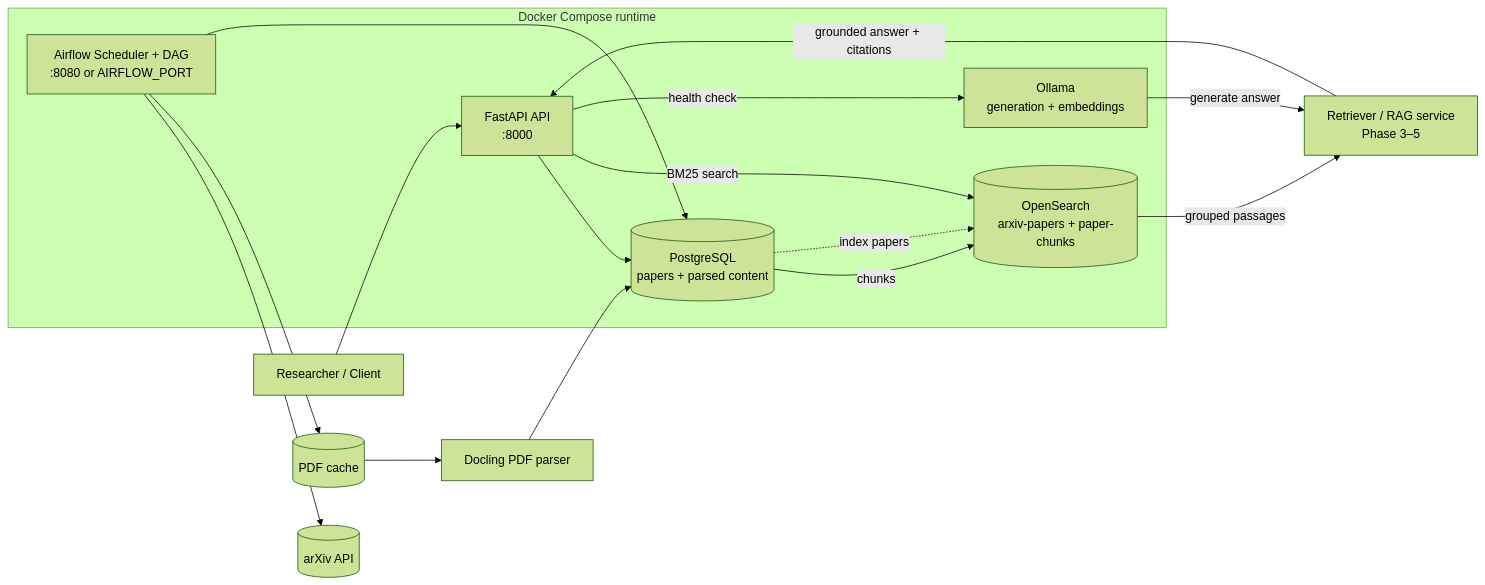
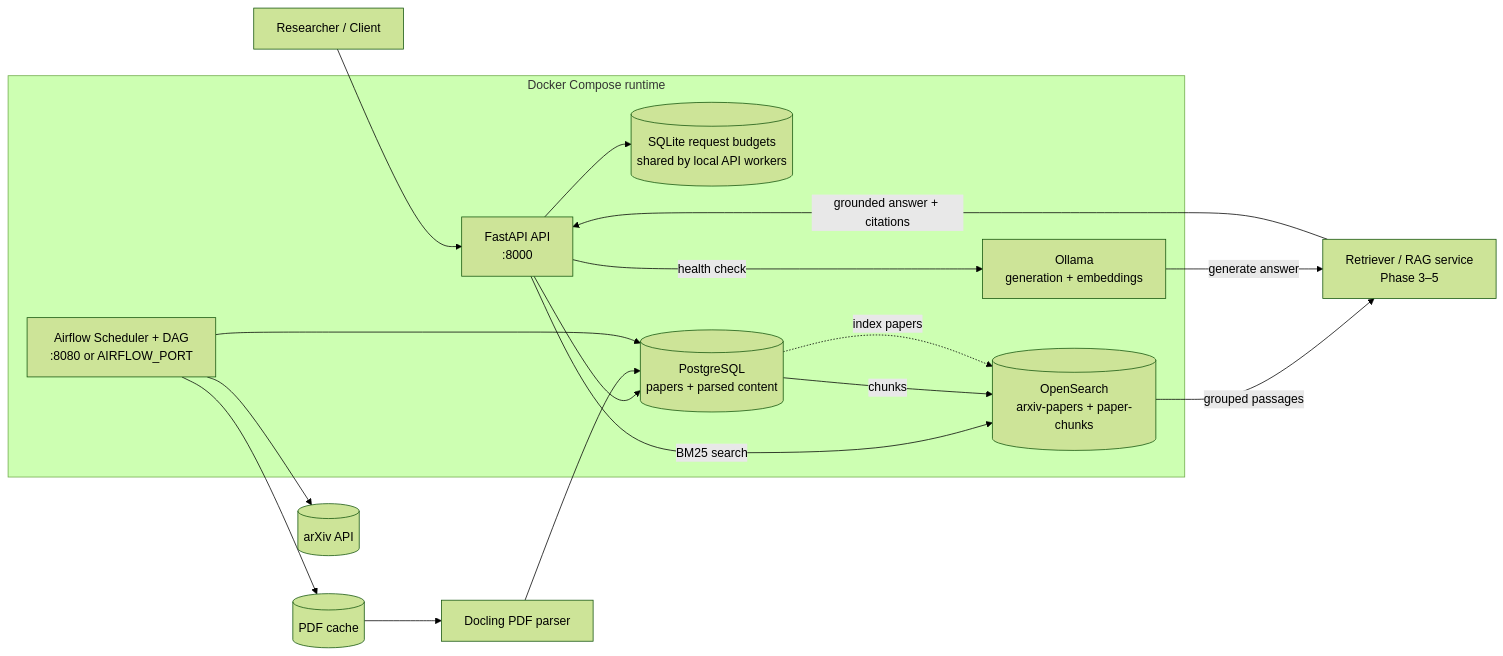
The first of 2 diagrams in README.md (Xmen3em/AI-ScholarLens), drawn with Mermaid (forest theme) before and after one commit. The commit also changed other lines of this file and 22 other files, not shown here.

```diff
--- a/README.md
+++ b/README.md
@@ -26,34 +33,36 @@
 ~~~mermaid
 flowchart LR
     User[Researcher / Client]
 
     subgraph Runtime[Docker Compose runtime]
         API[FastAPI API<br/>:8000]
+        Budgets[(SQLite request budgets<br/>shared by local API workers)]
         Airflow[Airflow Scheduler + DAG<br/>:8080 or AIRFLOW_PORT]
         DB[(PostgreSQL<br/>papers + parsed content)]
         Search[(OpenSearch<br/>arxiv-papers + paper-chunks)]
         Ollama[Ollama<br/>generation + embeddings]
     end
 
     Arxiv[(arXiv API)]
     PDF[(PDF cache)]
     Docling[Docling PDF parser]
     Retriever[Retriever / RAG service<br/>Phase 3–5]
 
     User --> API
+    API --> Budgets
     API --> DB
     API -- BM25 search --> Search
     API -- health check --> Ollama
 
     Airflow --> Arxiv
     Airflow --> PDF
     PDF --> Docling
     Docling --> DB
     DB -- chunks --> Search
     Airflow --> DB
 
     DB -. index papers .-> Search
     Search -- grouped passages --> Retriever
     Ollama -- generate answer --> Retriever
     Retriever -- grounded answer + citations --> API
 ~~~
```
